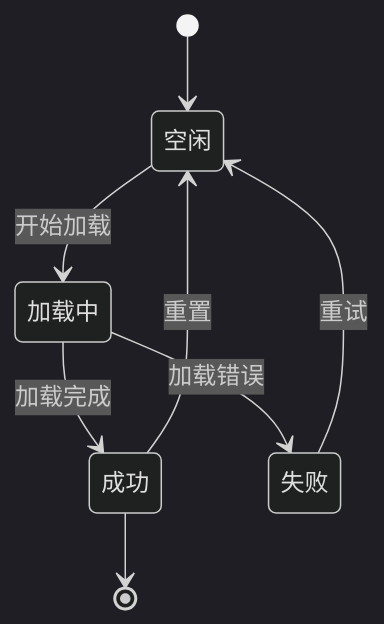
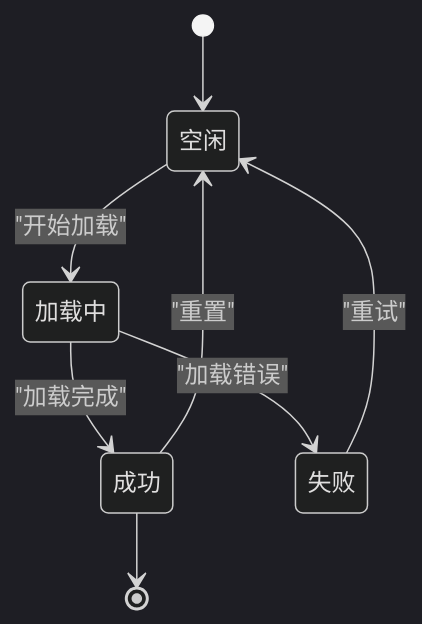
The fourth of 21 diagrams in default.md (xlight/md-mermaid-toDocx), drawn with Mermaid (dark theme) before and after one commit. The commit also changed other lines of this file and 2 other files, not shown here.

First line of the commit message:
Add Mermaid theme config and ASCII output

````diff
--- a/default.md
+++ b/default.md
@@ -131,10 +133,10 @@
 ```mermaid
 stateDiagram-v2
     [*] --> 空闲
-    空闲 --> 加载中: 开始加载
-    加载中 --> 成功: 加载完成
-    加载中 --> 失败: 加载错误
-    成功 --> 空闲: 重置
-    失败 --> 空闲: 重试
+    空闲 --> 加载中: "开始加载"
+    加载中 --> 成功: "加载完成"
+    加载中 --> 失败: "加载错误"
+    成功 --> 空闲: "重置"
+    失败 --> 空闲: "重试"
     成功 --> [*]
 ```
````
